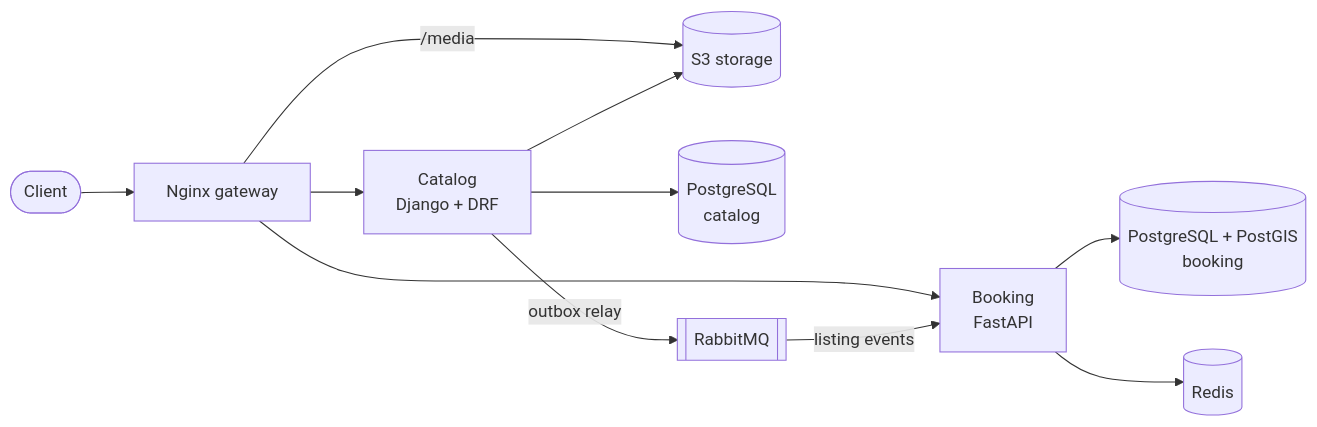
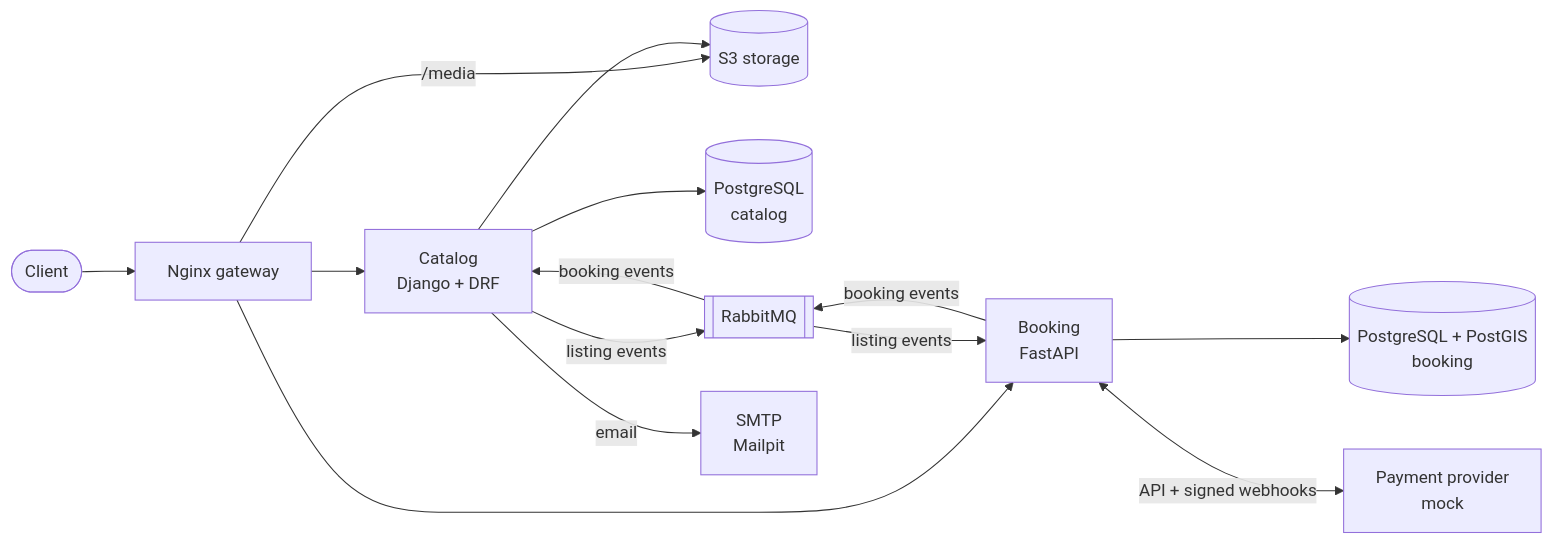
The first of 4 diagrams in README.md (Nersaa/booking-platform), drawn with Mermaid before and after one commit. The commit also changed other lines of this file and 68 other files, not shown here.

Commit message:
Stage 3: bookings, idempotency, payments with signed webhooks, refunds, emails; fix CI YAML

````diff
--- a/README.md
+++ b/README.md
@@ -11,13 +11,16 @@
 ```mermaid
 flowchart LR
     client([Client]) --> nginx[Nginx gateway]
     nginx --> catalog[Catalog<br/>Django + DRF]
     nginx --> booking[Booking<br/>FastAPI]
     nginx -- /media --> s3[(S3 storage)]
     catalog --> catalogdb[(PostgreSQL<br/>catalog)]
     booking --> bookingdb[(PostgreSQL + PostGIS<br/>booking)]
-    catalog -- outbox relay --> mq[[RabbitMQ]]
+    catalog -- listing events --> mq[[RabbitMQ]]
     mq -- listing events --> booking
+    booking -- booking events --> mq
+    mq -- booking events --> catalog
     catalog --> s3
-    booking --> redis[(Redis)]
+    booking <-- API + signed webhooks --> pay[Payment provider<br/>mock]
+    catalog -- email --> smtp[SMTP<br/>Mailpit]
 ```
````
